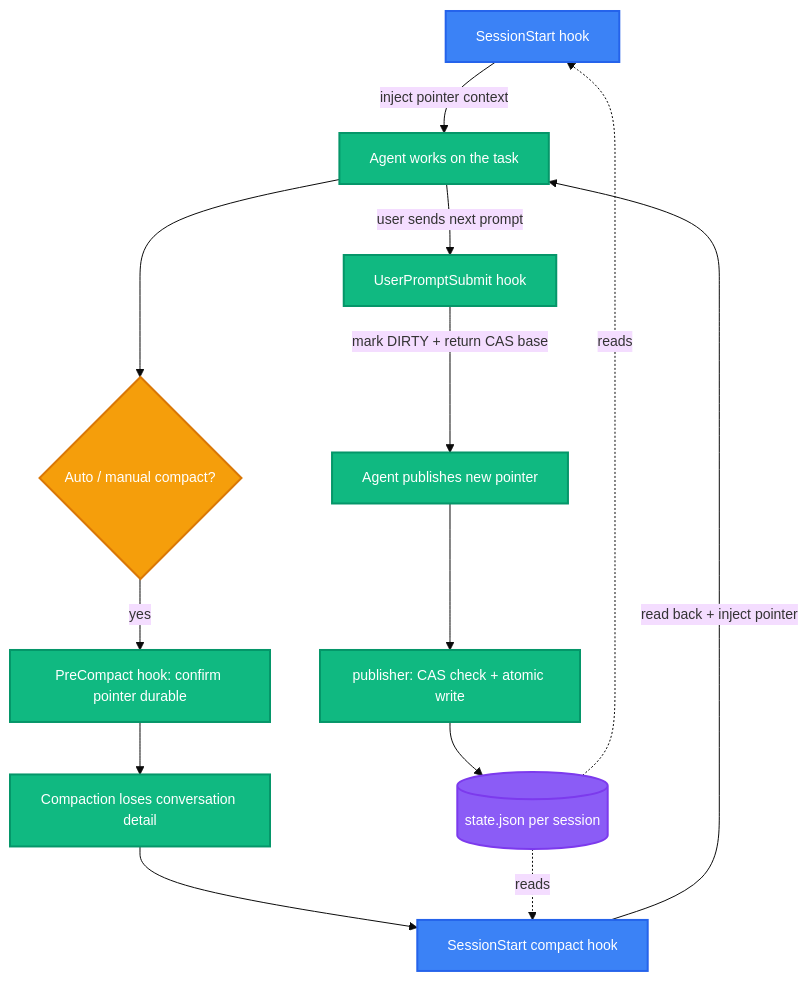
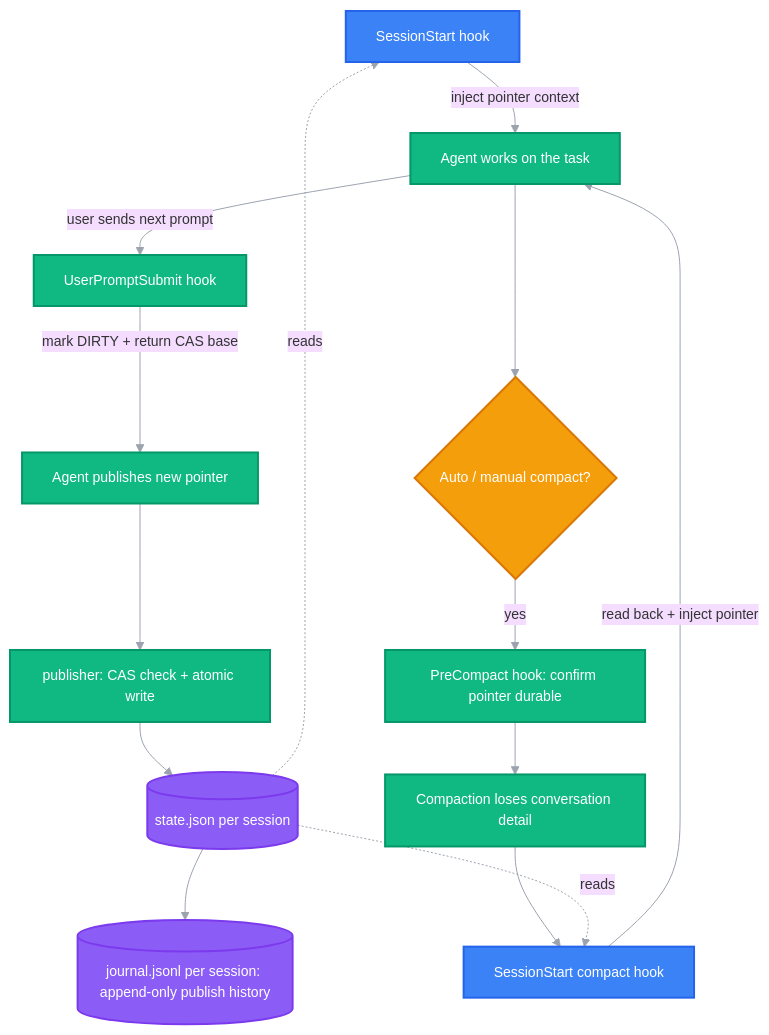
Before and after one commit to big0lives/codex-task-pointer: the diagram in README.md, drawn with Mermaid. The commit also changed other lines of this file and 14 other files, not shown here.

````diff
--- a/README.md
+++ b/README.md
@@ -124,26 +127,30 @@
 ```mermaid
-%%{init: {'theme': 'base', 'themeVariables': {'fontSize': '14px'}}}%%
+%%{init: {'theme': 'base', 'themeVariables': {'fontSize': '14px', 'lineColor': '#9CA3AF', 'defaultLinkColor': '#9CA3AF', 'arrowheadColor': '#9CA3AF'}}}%%
 flowchart TD
     A[SessionStart hook] -->|inject pointer context| B[Agent works on the task]
     B -->|user sends next prompt| C[UserPromptSubmit hook]
     C -->|mark DIRTY + return CAS base| D[Agent publishes new pointer]
     D --> E[publisher: CAS check + atomic write]
     E --> F[(state.json per session)]
+    F --> K[(journal.jsonl per session: append-only publish history)]
     B --> G{Auto / manual compact?}
     G -->|yes| H[PreCompact hook: confirm pointer durable]
     H --> I[Compaction loses conversation detail]
     I --> J[SessionStart compact hook]
     J -->|read back + inject pointer| B
     F -.reads.-> A
     F -.reads.-> J
 
     classDef start fill:#3B82F6,stroke:#2563EB,color:#fff,stroke-width:2px
     classDef process fill:#10B981,stroke:#059669,color:#fff,stroke-width:2px
     classDef decision fill:#F59E0B,stroke:#D97706,color:#fff,stroke-width:2px
     classDef storage fill:#8B5CF6,stroke:#7C3AED,color:#fff,stroke-width:2px
 
     class A,J start
     class B,C,D,E,H,I process
     class G decision
-    class F storage
+    class F,K storage
+
+    %% All links are gray so the colored nodes keep the focus.
+    linkStyle default stroke:#9CA3AF,stroke-width:1px
 ```
````
